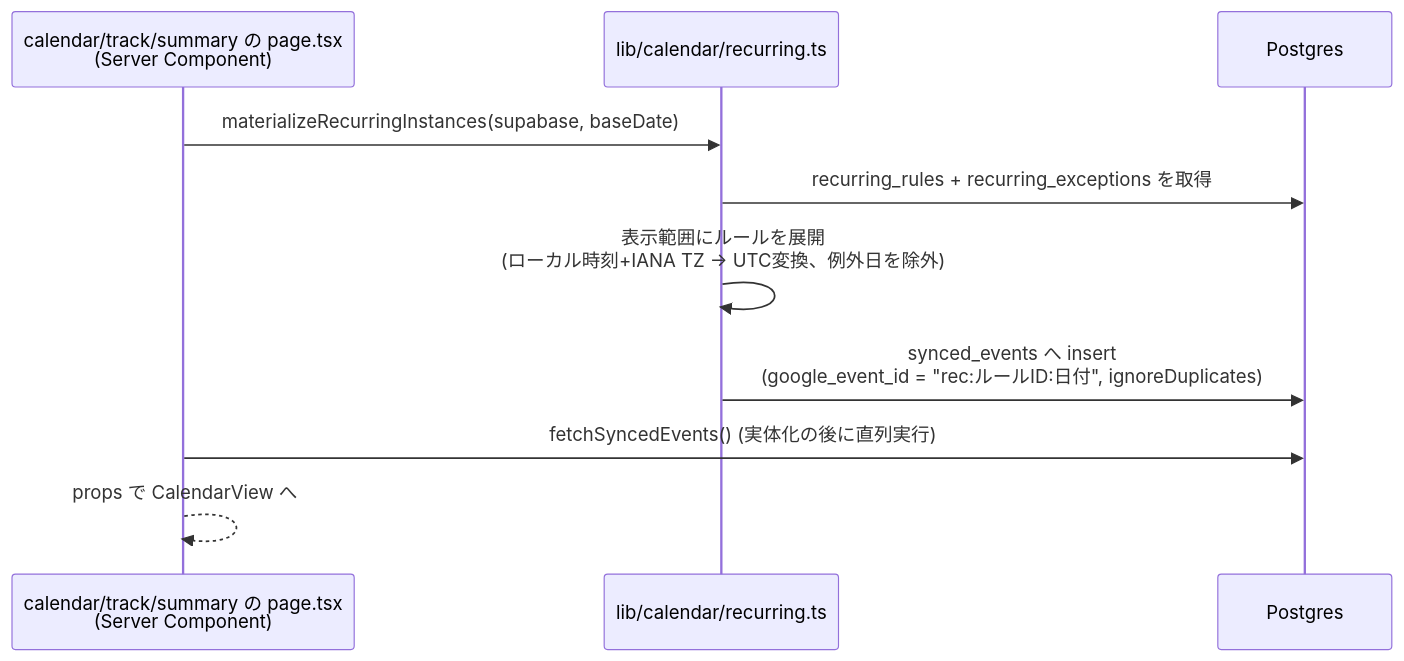
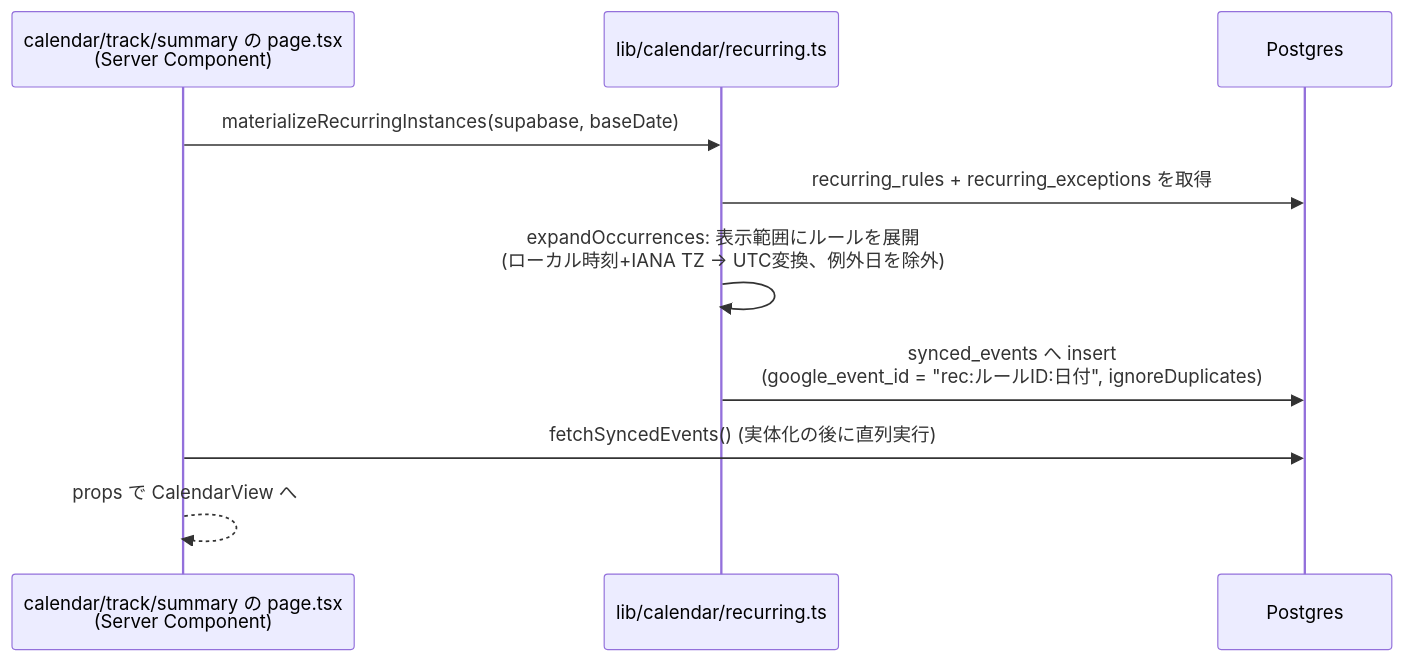
The seventh of 11 diagrams in docs/アーキテクチャ解説.md (TonChan0828/PlanDiff), drawn with Mermaid before and after one commit. The commit also changed other lines of this file, not shown here.

````diff
--- a/docs/アーキテクチャ解説.md
+++ b/docs/アーキテクチャ解説.md
@@ -317,13 +502,13 @@
 ```mermaid
 sequenceDiagram
     participant Page as calendar/track/summary の page.tsx<br/>(Server Component)
     participant Rec as lib/calendar/recurring.ts
     participant DB as Postgres
 
     Page->>Rec: materializeRecurringInstances(supabase, baseDate)
     Rec->>DB: recurring_rules + recurring_exceptions を取得
-    Rec->>Rec: 表示範囲にルールを展開<br/>(ローカル時刻+IANA TZ → UTC変換、例外日を除外)
+    Rec->>Rec: expandOccurrences: 表示範囲にルールを展開<br/>(ローカル時刻+IANA TZ → UTC変換、例外日を除外)
     Rec->>DB: synced_events へ insert<br/>(google_event_id = "rec:ルールID:日付", ignoreDuplicates)
     Page->>DB: fetchSyncedEvents() (実体化の後に直列実行)
     Page-->>Page: props で CalendarView へ
 ```
````
